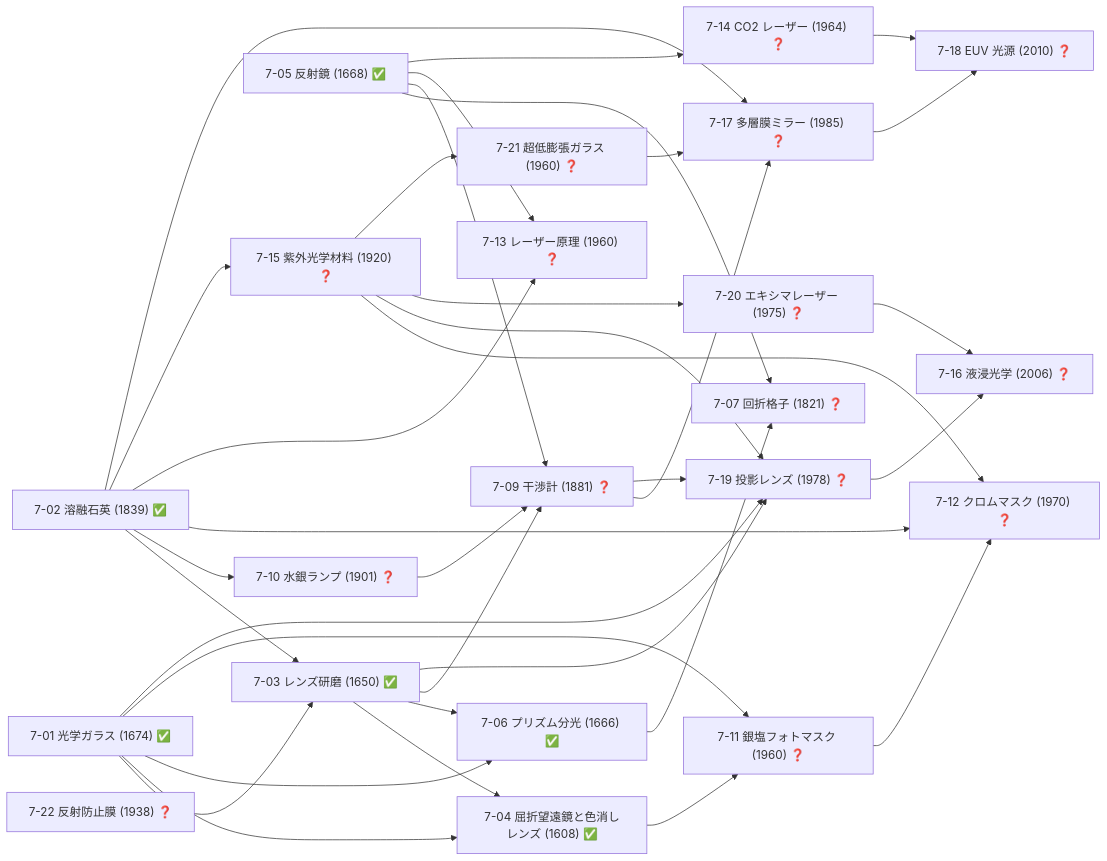
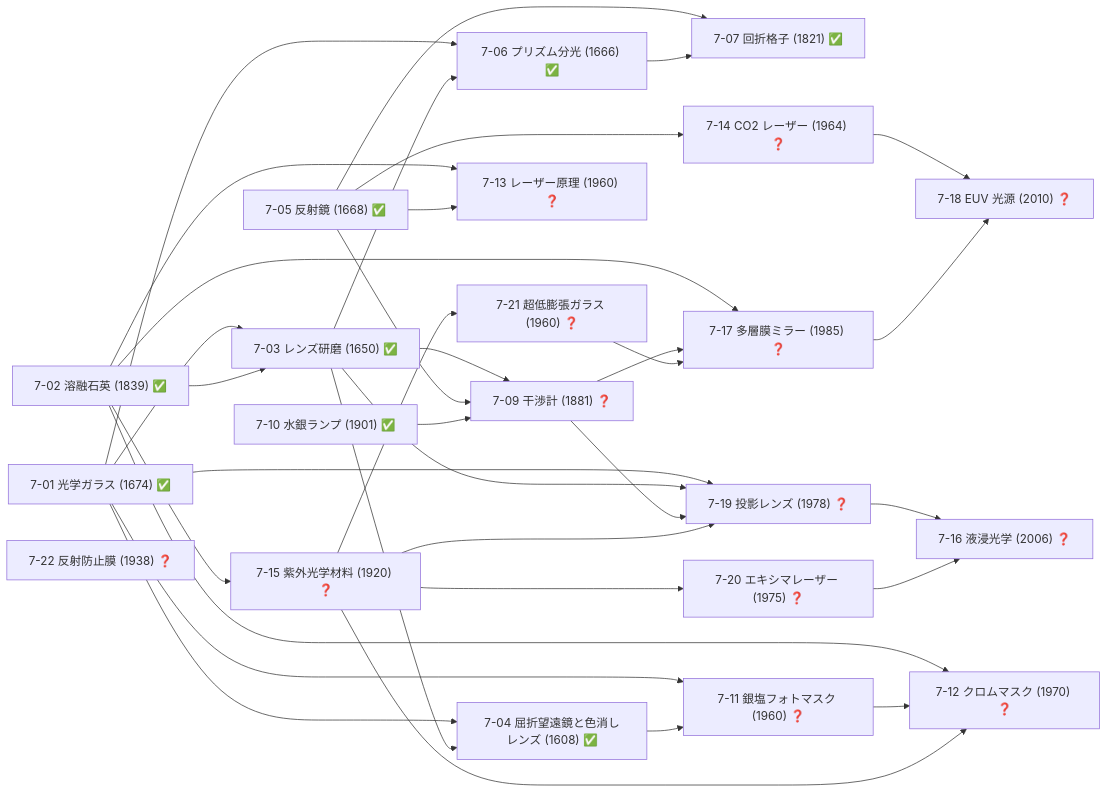
One commit to taku3i0317-collab/semiconductor-lab changed the tenth of 19 diagrams in docs/TECH_TREE_VIEW.md. Above: the diagram before and after it, drawn with Mermaid. The commit also changed other lines of this file and 7 other files, not shown here.

````diff
--- a/docs/TECH_TREE_VIEW.md
+++ b/docs/TECH_TREE_VIEW.md
@@ -465,58 +464,57 @@
 ```mermaid
 graph LR
   n7_01["7-01 光学ガラス (1674) ✅"]
   n7_02["7-02 溶融石英 (1839) ✅"]
   n7_03["7-03 レンズ研磨 (1650) ✅"]
   n7_04["7-04 屈折望遠鏡と色消しレンズ (1608) ✅"]
   n7_05["7-05 反射鏡 (1668) ✅"]
   n7_06["7-06 プリズム分光 (1666) ✅"]
-  n7_07["7-07 回折格子 (1821) ❓"]
+  n7_07["7-07 回折格子 (1821) ✅"]
   n7_09["7-09 干渉計 (1881) ❓"]
-  n7_10["7-10 水銀ランプ (1901) ❓"]
+  n7_10["7-10 水銀ランプ (1901) ✅"]
   n7_11["7-11 銀塩フォトマスク (1960) ❓"]
   n7_12["7-12 クロムマスク (1970) ❓"]
   n7_13["7-13 レーザー原理 (1960) ❓"]
   n7_14["7-14 CO2 レーザー (1964) ❓"]
   n7_15["7-15 紫外光学材料 (1920) ❓"]
   n7_16["7-16 液浸光学 (2006) ❓"]
   n7_17["7-17 多層膜ミラー (1985) ❓"]
   n7_18["7-18 EUV 光源 (2010) ❓"]
   n7_19["7-19 投影レンズ (1978) ❓"]
   n7_20["7-20 エキシマレーザー (1975) ❓"]
   n7_21["7-21 超低膨張ガラス (1960) ❓"]
   n7_22["7-22 反射防止膜 (1938) ❓"]
   n7_01-->n7_03
   n7_02-->n7_03
   n7_01-->n7_04
   n7_03-->n7_04
   n7_01-->n7_06
   n7_03-->n7_06
   n7_05-->n7_07
   n7_06-->n7_07
   n7_03-->n7_09
   n7_05-->n7_09
   n7_10-->n7_09
-  n7_02-->n7_10
   n7_01-->n7_11
   n7_04-->n7_11
   n7_02-->n7_12
   n7_11-->n7_12
   n7_15-->n7_12
   n7_02-->n7_13
   n7_05-->n7_13
   n7_05-->n7_14
   n7_02-->n7_15
   n7_19-->n7_16
   n7_20-->n7_16
   n7_02-->n7_17
   n7_09-->n7_17
   n7_21-->n7_17
   n7_14-->n7_18
   n7_17-->n7_18
   n7_01-->n7_19
   n7_03-->n7_19
   n7_09-->n7_19
   n7_15-->n7_19
   n7_15-->n7_20
   n7_15-->n7_21
 ```
````
